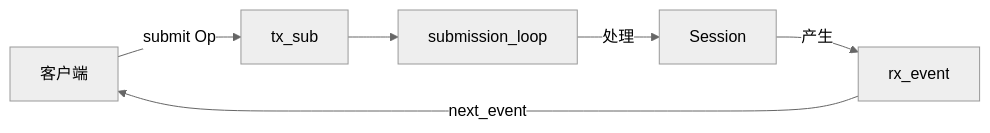
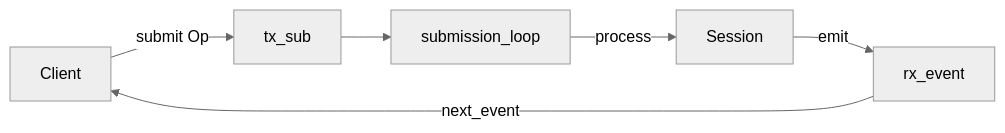
One commit to yibn2008/learn-codex changed the third of 6 diagrams in wiki/01-architecture-overview.md. Above: the diagram before and after it, drawn with Mermaid (neutral theme). The commit also changed other lines of this file and 32 other files, not shown here.

````diff
--- a/wiki/01-architecture-overview.md
+++ b/wiki/01-architecture-overview.md
@@ -130,8 +132,8 @@
 ```mermaid
 graph LR
-    Client[客户端] -->|submit Op| TX[tx_sub]
+    Client[Client] -->|submit Op| TX[tx_sub]
     TX --> LOOP[submission_loop]
-    LOOP -->|处理| Session
-    Session -->|产生| RX[rx_event]
+    LOOP -->|process| Session
+    Session -->|emit| RX[rx_event]
     RX -->|next_event| Client
 ```
````
